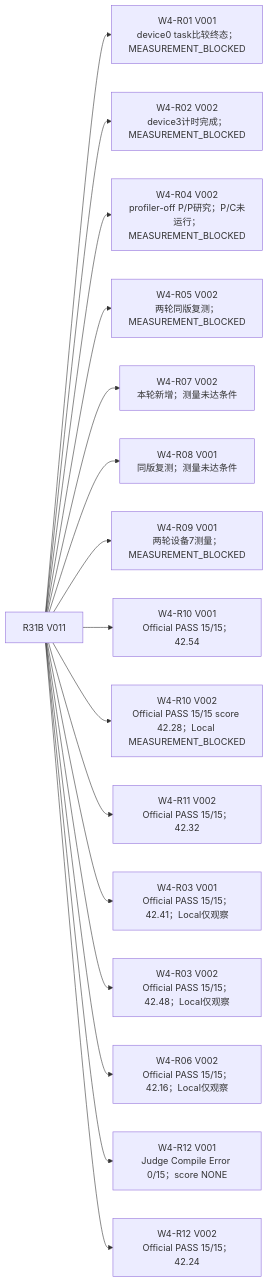
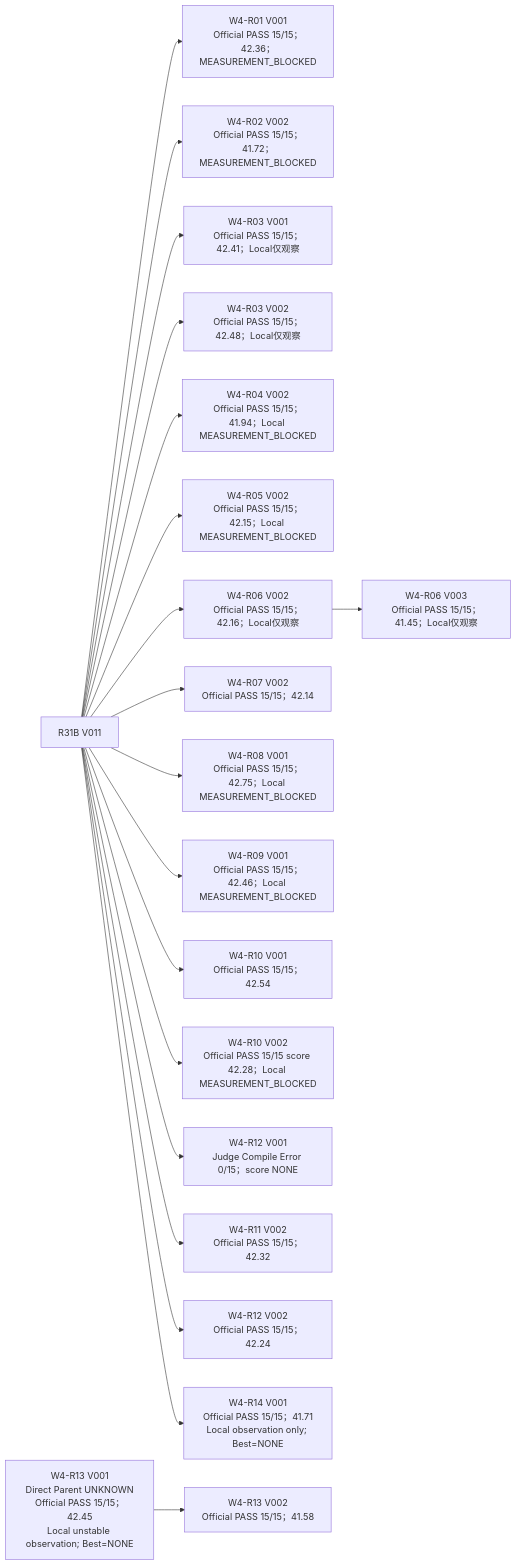
The first of 4 diagrams in 技术路线/技术路线图.md (sxyq/CANN), drawn with Mermaid before and after one commit. The commit also changed other lines of this file and 4 other files, not shown here.

````diff
--- a/技术路线/技术路线图.md
+++ b/技术路线/技术路线图.md
@@ -43,19 +41,24 @@
 ```mermaid
 flowchart LR
   p["R31B V011"]
-  p --> r01["W4-R01 V001<br/>device0 task比较终态；MEASUREMENT_BLOCKED"]
-  p --> r02["W4-R02 V002<br/>device3计时完成；MEASUREMENT_BLOCKED"]
-  p --> r04["W4-R04 V002<br/>profiler-off P/P研究；P/C未运行；MEASUREMENT_BLOCKED"]
-  p --> r05["W4-R05 V002<br/>两轮同版复测；MEASUREMENT_BLOCKED"]
-  p --> r07["W4-R07 V002<br/>本轮新增；测量未达条件"]
-  p --> r08["W4-R08 V001<br/>同版复测；测量未达条件"]
-  p --> r09["W4-R09 V001<br/>两轮设备7测量；MEASUREMENT_BLOCKED"]
+  p --> r01["W4-R01 V001<br/>Official PASS 15/15；42.36；MEASUREMENT_BLOCKED"]
+  p --> r02["W4-R02 V002<br/>Official PASS 15/15；41.72；MEASUREMENT_BLOCKED"]
+  p --> r03v1["W4-R03 V001<br/>Official PASS 15/15；42.41；Local仅观察"]
+  p --> r03v2["W4-R03 V002<br/>Official PASS 15/15；42.48；Local仅观察"]
+  p --> r04["W4-R04 V002<br/>Official PASS 15/15；41.94；Local MEASUREMENT_BLOCKED"]
+  p --> r05["W4-R05 V002<br/>Official PASS 15/15；42.15；Local MEASUREMENT_BLOCKED"]
+  p --> r06v2["W4-R06 V002<br/>Official PASS 15/15；42.16；Local仅观察"]
+  r06v2 --> r06v3["W4-R06 V003<br/>Official PASS 15/15；41.45；Local仅观察"]
+  p --> r07["W4-R07 V002<br/>Official PASS 15/15；42.14"]
+  p --> r08["W4-R08 V001<br/>Official PASS 15/15；42.75；Local MEASUREMENT_BLOCKED"]
+  p --> r09["W4-R09 V001<br/>Official PASS 15/15；42.46；Local MEASUREMENT_BLOCKED"]
   p --> r10["W4-R10 V001<br/>Official PASS 15/15；42.54"]
   p --> r10v2["W4-R10 V002<br/>Official PASS 15/15 score 42.28；Local MEASUREMENT_BLOCKED"]
+  p --> r12v1["W4-R12 V001<br/>Judge Compile Error 0/15；score NONE"]
   p --> r11["W4-R11 V002<br/>Official PASS 15/15；42.32"]
-  p --> r03v1["W4-R03 V001<br/>Official PASS 15/15；42.41；Local仅观察"]
-  p --> r03v2["W4-R03 V002<br/>Official PASS 15/15；42.48；Local仅观察"]
-  p --> r06v2["W4-R06 V002<br/>Official PASS 15/15；42.16；Local仅观察"]
-  p --> r12v1["W4-R12 V001<br/>Judge Compile Error 0/15；score NONE"]
   p --> r12v2["W4-R12 V002<br/>Official PASS 15/15；42.24"]
+  r13v1["W4-R13 V001<br/>Direct Parent UNKNOWN<br/>Official PASS 15/15；42.45<br/>Local unstable observation; Best=NONE"]
+  r13v2["W4-R13 V002<br/>Official PASS 15/15；41.58"]
+  r13v1 --> r13v2
+  p --> r14v1["W4-R14 V001<br/>Official PASS 15/15；41.71<br/>Local observation only; Best=NONE"]
 ```
````
